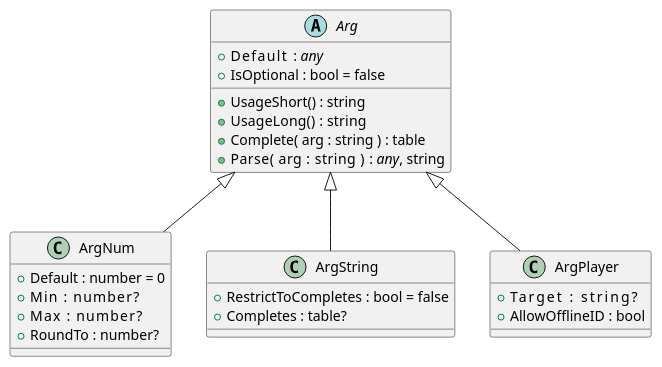
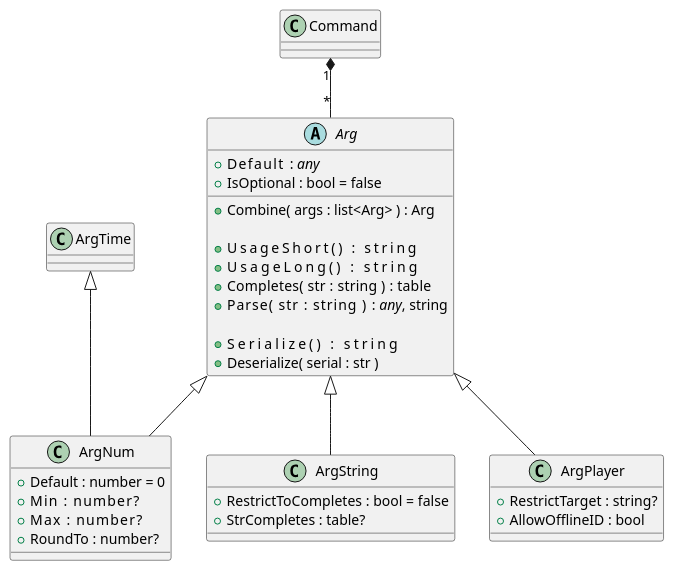
Before and after one commit to TeamUlysses/ulx4: the diagram in doc/uml/arguments.iuml, drawn with PlantUML. The commit also changed 2 other files, not shown here.

```diff
--- a/doc/uml/arguments.iuml
+++ b/doc/uml/arguments.iuml
@@ -1,32 +1,43 @@
 @startuml
 abstract class Arg {
 	+Default    : //any//
 	+IsOptional : bool = false
-	
-	+UsageShort() : string
-	+UsageLong()  : string
-	+Complete( arg : string ) : table
-	+Parse( arg : string )    : //any//, string
+
+	+Combine( args : list<Arg> ) : Arg
+
+	+UsageShort()                : string
+	+UsageLong()                 : string
+	+Completes( str : string )   : table
+	+Parse( str : string )       : //any//, string
+
+	+Serialize()                 : string
+	+Deserialize( serial : str )
 }
 
 class ArgNum {
 	+Default : number = 0
 	+Min     : number?
 	+Max     : number?
 	+RoundTo : number?
 }
 
+class ArgTime {
+}
+
 class ArgString {
 	+RestrictToCompletes : bool = false
-	+Completes : table?
+	+StrCompletes : table?
 }
 
 class ArgPlayer {
-	+Target         : string?
+	+RestrictTarget : string?
 	+AllowOfflineID : bool
 }
 
+Command "1" *-- "*" Arg
+
 Arg <|-- ArgNum
+ArgTime <|-- ArgNum
 Arg <|-- ArgString
 Arg <|-- ArgPlayer
 @enduml
```
